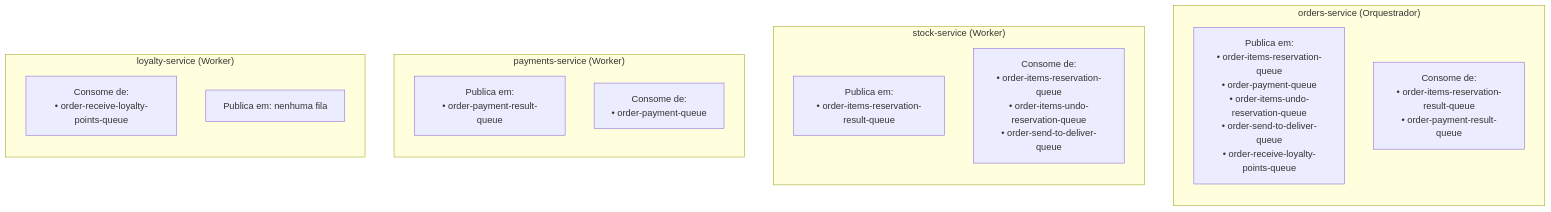
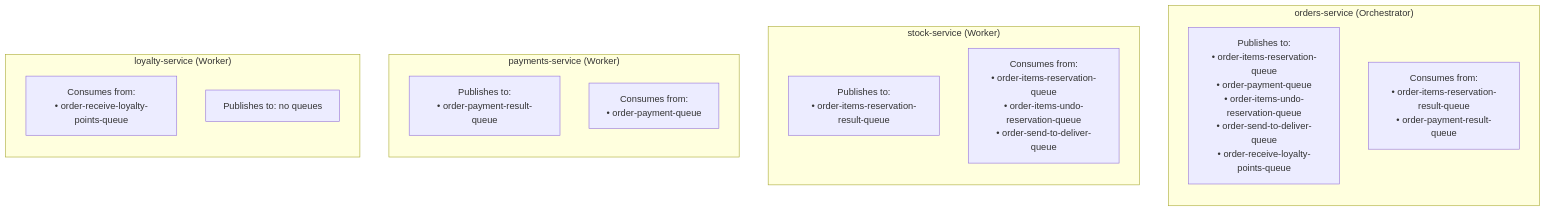
The fourth of 4 diagrams in orchestrated-saga/@docs/orchestrated-saga-flow.md (DevVictor19/microservices-saga-pattern), drawn with Mermaid before and after one commit. The commit also changed other lines of this file and 2 other files, not shown here.

````diff
--- a/orchestrated-saga/@docs/orchestrated-saga-flow.md
+++ b/orchestrated-saga/@docs/orchestrated-saga-flow.md
@@ -217,26 +217,26 @@
 ```mermaid
 flowchart TB
-    subgraph orders-service["orders-service (Orquestrador)"]
+    subgraph orders-service["orders-service (Orchestrator)"]
         direction TB
-        OP["Publica em:<br/>• order-items-reservation-queue<br/>• order-payment-queue<br/>• order-items-undo-reservation-queue<br/>• order-send-to-deliver-queue<br/>• order-receive-loyalty-points-queue"]
-        OC["Consome de:<br/>• order-items-reservation-result-queue<br/>• order-payment-result-queue"]
+        OP["Publishes to:<br/>• order-items-reservation-queue<br/>• order-payment-queue<br/>• order-items-undo-reservation-queue<br/>• order-send-to-deliver-queue<br/>• order-receive-loyalty-points-queue"]
+        OC["Consumes from:<br/>• order-items-reservation-result-queue<br/>• order-payment-result-queue"]
     end
 
     subgraph stock-service["stock-service (Worker)"]
         direction TB
-        SP["Publica em:<br/>• order-items-reservation-result-queue"]
-        SC["Consome de:<br/>• order-items-reservation-queue<br/>• order-items-undo-reservation-queue<br/>• order-send-to-deliver-queue"]
+        SP["Publishes to:<br/>• order-items-reservation-result-queue"]
+        SC["Consumes from:<br/>• order-items-reservation-queue<br/>• order-items-undo-reservation-queue<br/>• order-send-to-deliver-queue"]
     end
 
     subgraph payments-service["payments-service (Worker)"]
         direction TB
-        PP["Publica em:<br/>• order-payment-result-queue"]
-        PC["Consome de:<br/>• order-payment-queue"]
+        PP["Publishes to:<br/>• order-payment-result-queue"]
+        PC["Consumes from:<br/>• order-payment-queue"]
     end
 
     subgraph loyalty-service["loyalty-service (Worker)"]
         direction TB
-        LC["Consome de:<br/>• order-receive-loyalty-points-queue"]
-        LN["Publica em: nenhuma fila"]
+        LC["Consumes from:<br/>• order-receive-loyalty-points-queue"]
+        LN["Publishes to: no queues"]
     end
 ```
````
